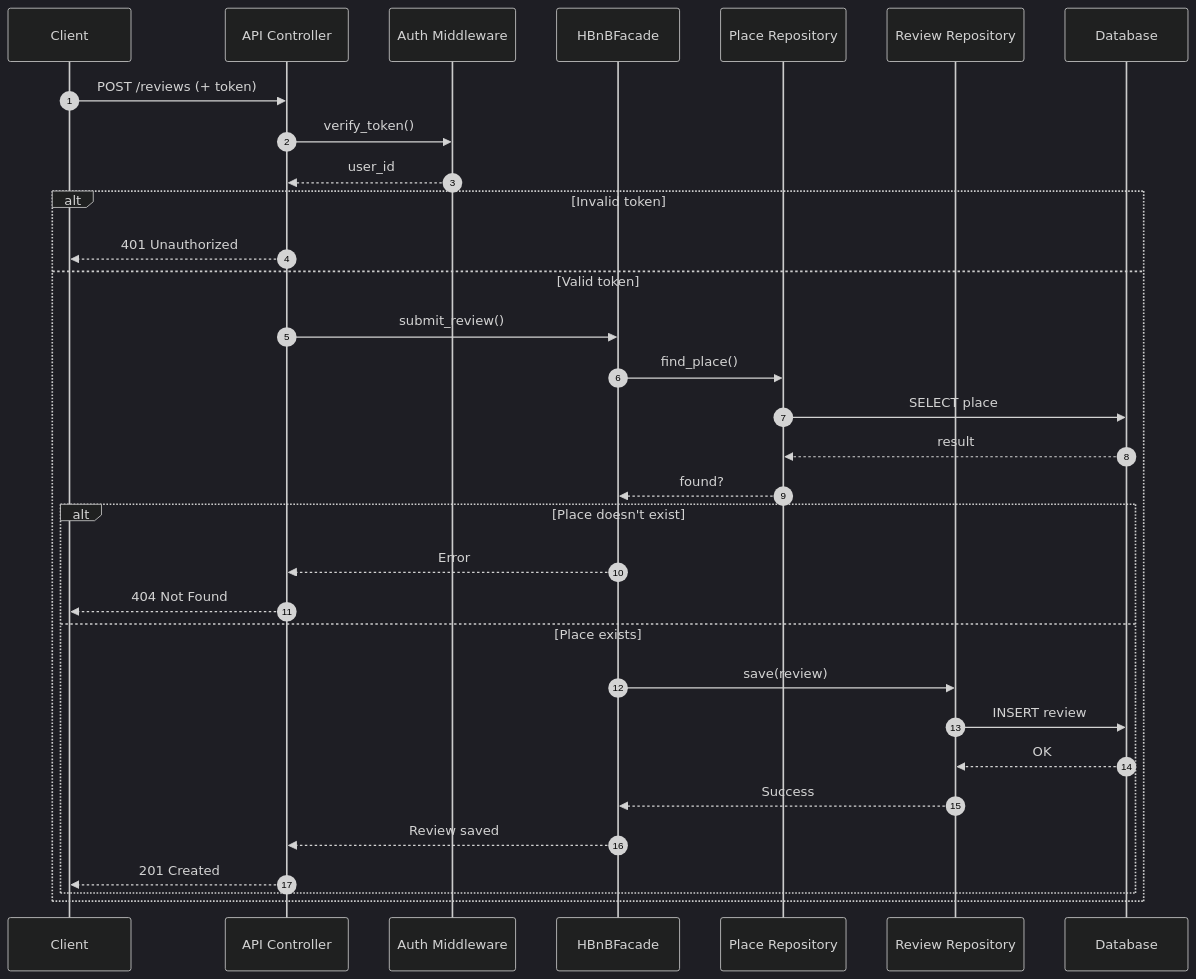
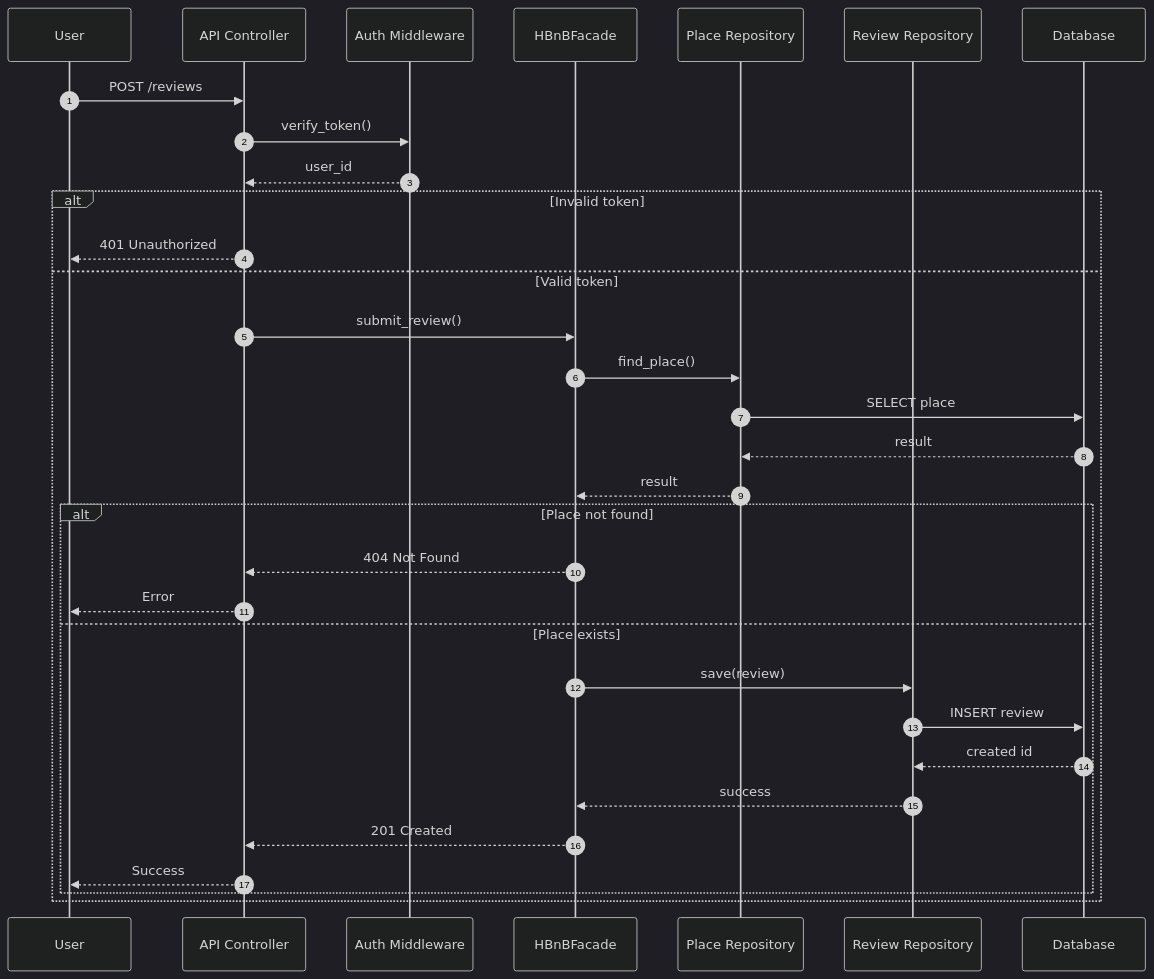
The fifth of 6 diagrams in part1/README.md (mnarzaid247-stack/holbertonschool-hbnb), drawn with Mermaid (dark theme) before and after one commit. The commit also changed other lines of this file and 1 other file, not shown here.

Commit message:
refactor(docs): update API interaction flow documentation and remove obsolete file

````diff
--- a/part1/README.md
+++ b/part1/README.md
@@ -381,37 +427,37 @@
 ```mermaid
 sequenceDiagram
-    autonumber
-    participant Client
-    participant API as API Controller
-    participant Auth as Auth Middleware
-    participant Facade as HBnBFacade
-    participant PlaceRepo as Place Repository
-    participant ReviewRepo as Review Repository
-    participant DB as Database
+autonumber
+participant Client as User
+participant API as API Controller
+participant Auth as Auth Middleware
+participant Facade as HBnBFacade
+participant PlaceRepo as Place Repository
+participant ReviewRepo as Review Repository
+participant DB as Database
 
-    Client->>API: POST /reviews (+ token)
-    API->>Auth: verify_token()
-    Auth-->>API: user_id
+Client->>API: POST /reviews
+API->>Auth: verify_token()
+Auth-->>API: user_id
 
-    alt Invalid token
-        API-->>Client: 401 Unauthorized
-    else Valid token
-        API->>Facade: submit_review()
-        Facade->>PlaceRepo: find_place()
-        PlaceRepo->>DB: SELECT place
-        DB-->>PlaceRepo: result
-        PlaceRepo-->>Facade: found?
+alt Invalid token
+API-->>Client: 401 Unauthorized
+else Valid token
+API->>Facade: submit_review()
+Facade->>PlaceRepo: find_place()
+PlaceRepo->>DB: SELECT place
+DB-->>PlaceRepo: result
+PlaceRepo-->>Facade: result
 
-        alt Place doesn't exist
-            Facade-->>API: Error
-            API-->>Client: 404 Not Found
-        else Place exists
-            Facade->>ReviewRepo: save(review)
-            ReviewRepo->>DB: INSERT review
-            DB-->>ReviewRepo: OK
-            ReviewRepo-->>Facade: Success
-            Facade-->>API: Review saved
-            API-->>Client: 201 Created
-        end
-    end
+alt Place not found
+Facade-->>API: 404 Not Found
+API-->>Client: Error
+else Place exists
+Facade->>ReviewRepo: save(review)
+ReviewRepo->>DB: INSERT review
+DB-->>ReviewRepo: created id
+ReviewRepo-->>Facade: success
+Facade-->>API: 201 Created
+API-->>Client: Success
+end
+end
 ```
````
